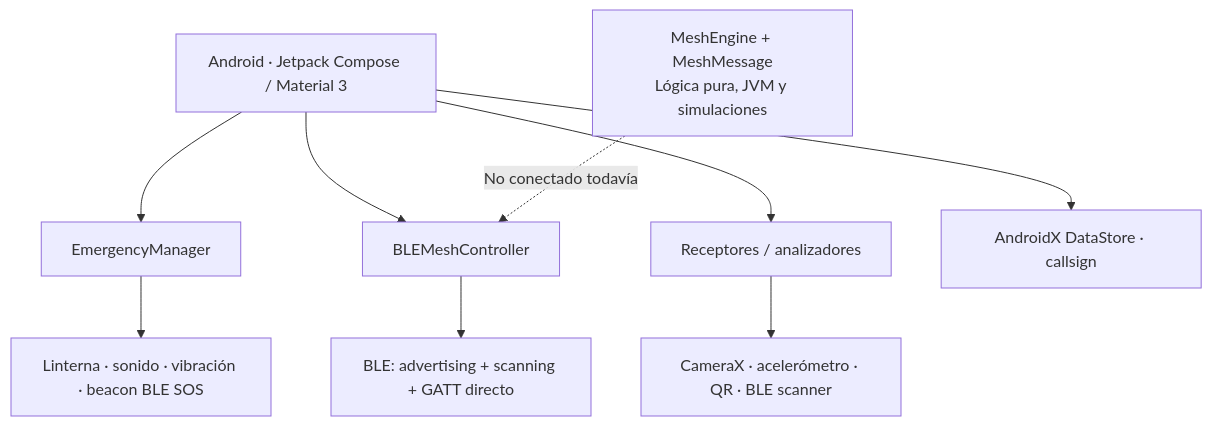
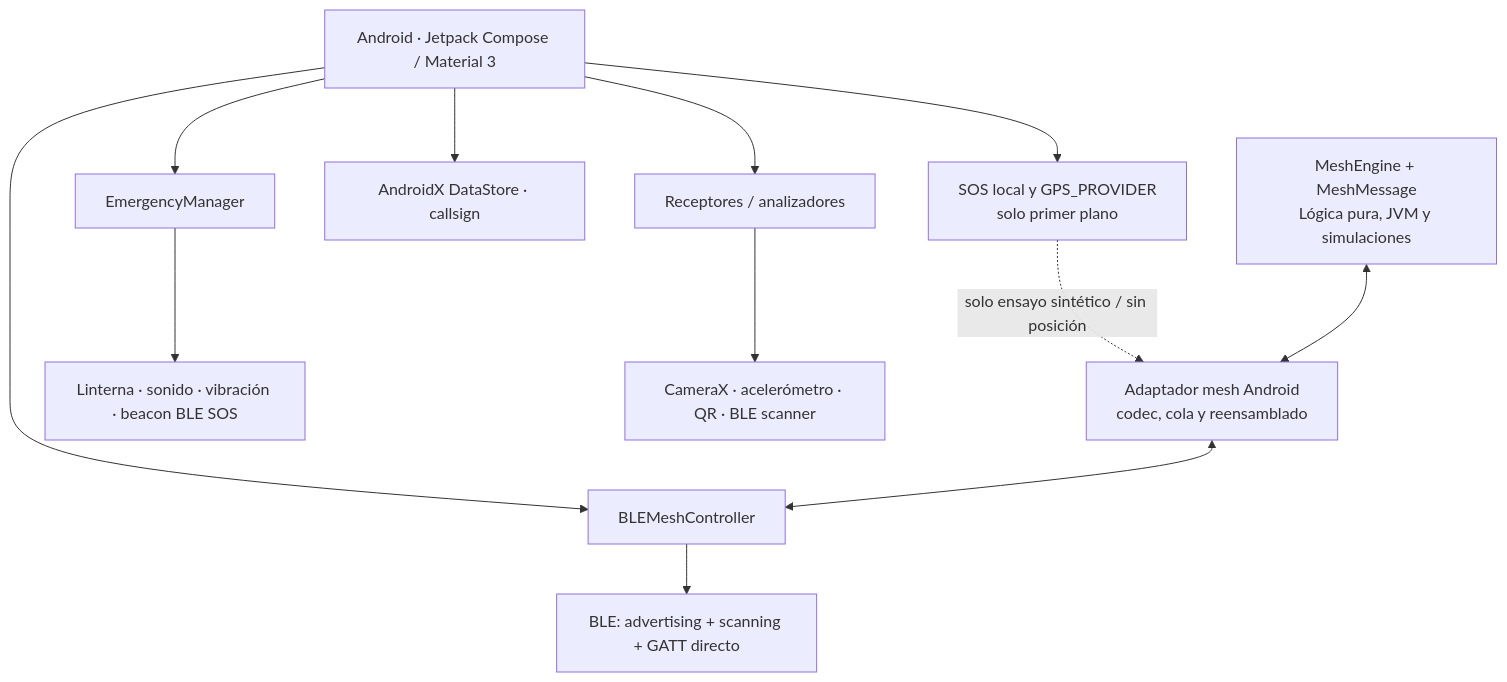
Before and after one commit to NicoButter/beaconchat: the first of 6 diagrams in README.md, drawn with Mermaid. The commit also changed other lines of this file and 19 other files, not shown here.

First line of the commit message:
Implement SOS Incident and Mesh Policy functionality

````diff
--- a/README.md
+++ b/README.md
@@ -45,13 +48,16 @@
 ```mermaid
 flowchart TB
     UI["Android · Jetpack Compose / Material 3"]
     UI --> EM["EmergencyManager"]
     UI --> BLE["BLEMeshController"]
     UI --> RX["Receptores / analizadores"]
     UI --> DS["AndroidX DataStore · callsign"]
+    UI --> SOS["SOS local y GPS_PROVIDER<br/>solo primer plano"]
+    SOS -. "solo ensayo sintético / sin posición" .-> MESH["Adaptador mesh Android<br/>codec, cola y reensamblado"]
     EM --> SIGNAL["Linterna · sonido · vibración · beacon BLE SOS"]
     BLE --> DIRECT["BLE: advertising + scanning + GATT directo"]
     RX --> SENSORS["CameraX · acelerómetro · QR · BLE scanner"]
     CORE["MeshEngine + MeshMessage<br/>Lógica pura, JVM y simulaciones"]
-    CORE -. "No conectado todavía" .-> BLE
+    CORE <--> MESH
+    MESH <--> BLE
 ```
````
